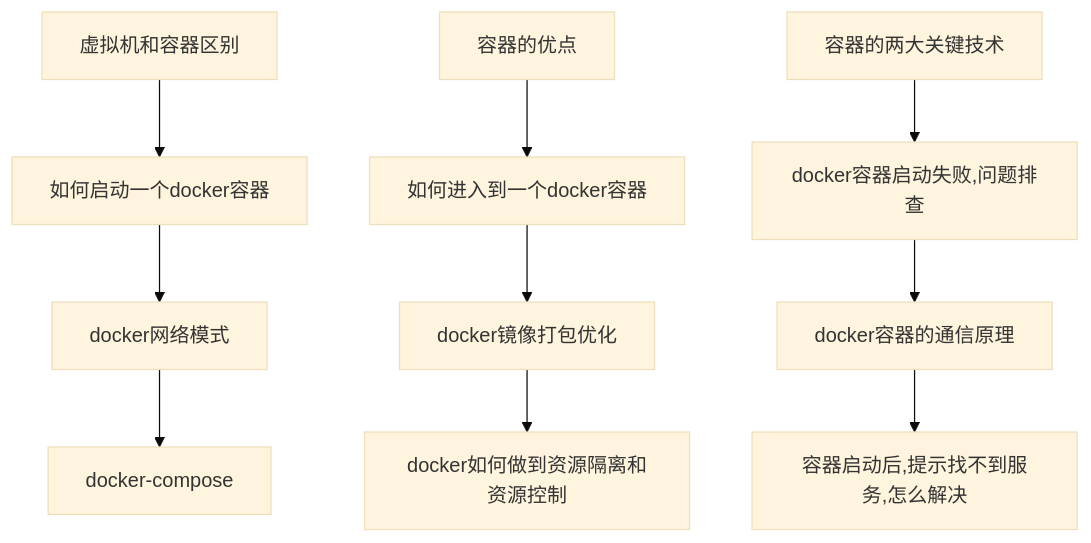
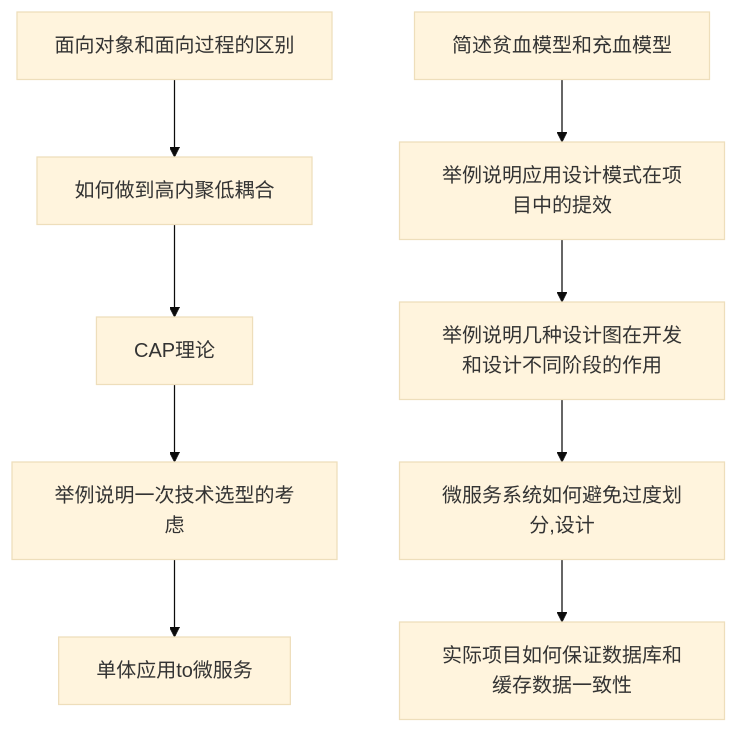
One commit to Roxas/article changed diagram 13 of 15 in interview_flow.md. Above: the diagram before and after it, drawn with Mermaid (base theme). The commit also changed other lines of this file, not shown here.

First line of the commit message:
update flow

````diff
--- a/interview_flow.md
+++ b/interview_flow.md
@@ -113,6 +145,5 @@
 ```mermaid
 graph TB
-    a[虚拟机和容器区别] --> d[如何启动一个docker容器] --> g[docker网络模式] --> j[docker-compose]
-    b[容器的优点] --> e[如何进入到一个docker容器] --> h[docker镜像打包优化] --> k[docker如何做到资源隔离和资源控制]
-    c[容器的两大关键技术] --> f[docker容器启动失败,问题排查] --> i[docker容器的通信原理] --> l[容器启动后,提示找不到服务,怎么解决]
+    a[面向对象和面向过程的区别] --> c[如何做到高内聚低耦合] --> e[CAP理论] --> g[举例说明一次技术选型的考虑] --> i[单体应用to微服务]
+    b[简述贫血模型和充血模型] --> d[举例说明应用设计模式在项目中的提效] --> f[举例说明几种设计图在开发和设计不同阶段的作用] --> h[微服务系统如何避免过度划分,设计] --> j[实际项目如何保证数据库和缓存数据一致性]
 ```
````
